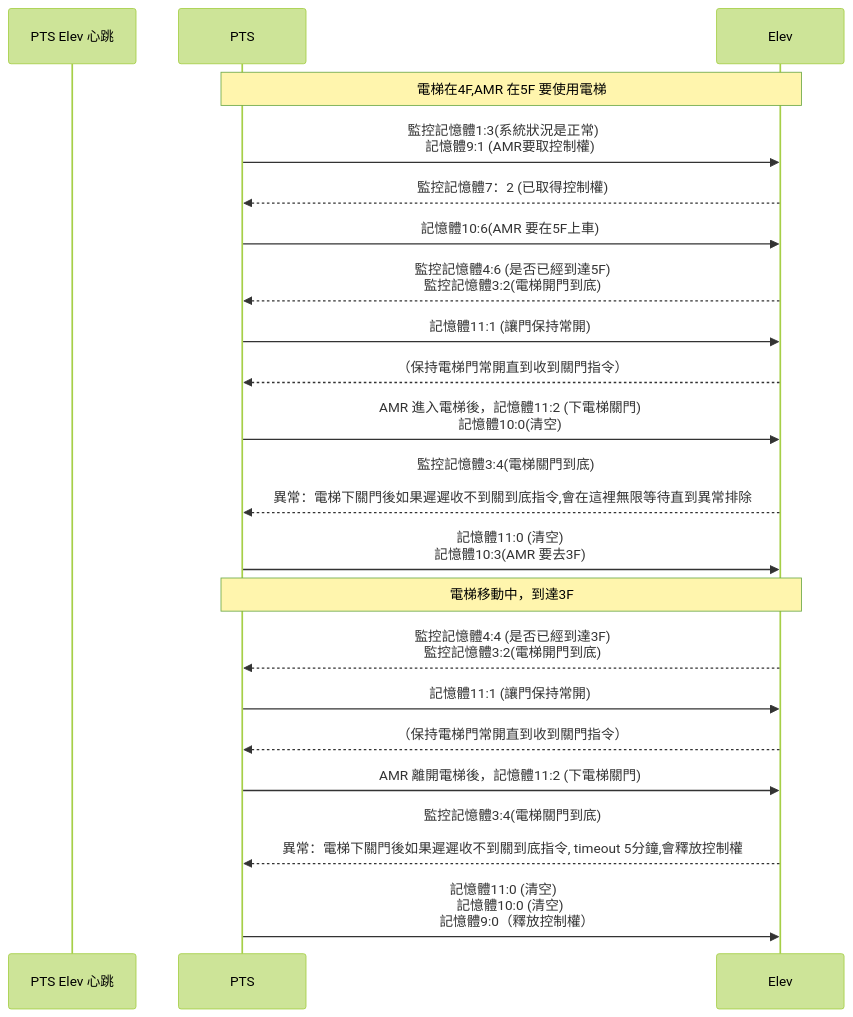
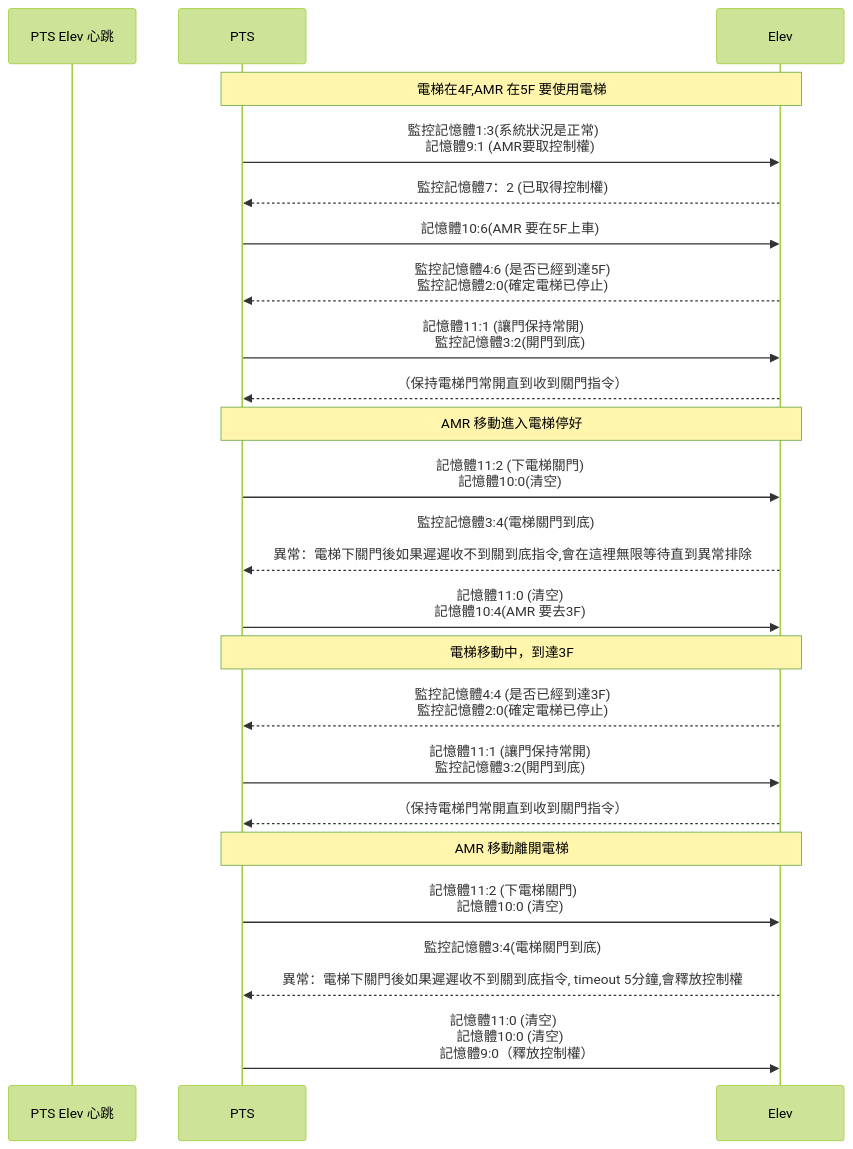
The second of 2 diagrams in README.md (athena-tircgo/amr-elev-Zhunan), drawn with Mermaid (forest theme) before and after one commit.

````diff
--- a/README.md
+++ b/README.md
@@ -23,26 +23,28 @@
 ```mermaid
 sequenceDiagram
 
     participant PTS Elev 心跳
     participant PTS
     participant Elev
 
  note over PTS,Elev: 電梯在4F,AMR 在5F 要使用電梯
         PTS->>Elev:監控記憶體1:3(系統狀況是正常)　<br>記憶體9:1 (AMR要取控制權)
         Elev-->>PTS:監控記憶體7：2 (已取得控制權)
         PTS->>Elev: 記憶體10:6(AMR 要在5F上車)
-        Elev-->>PTS:監控記憶體4:6 (是否已經到達5F) <BR> 監控記憶體3:2(電梯開門到底)
-        PTS->>Elev: 記憶體11:1 (讓門保持常開)
-        Elev-->>PTS:（保持電梯門常開直到收到關門指令）　　
-        PTS->>Elev: AMR 進入電梯後，記憶體11:2 (下電梯關門) <br> 記憶體10:0(清空)
+        Elev-->>PTS:監控記憶體4:6 (是否已經到達5F) <BR> 監控記憶體2:0(確定電梯已停止)
+        PTS->>Elev: 記憶體11:1 (讓門保持常開)　<BR> 監控記憶體3:2(開門到底)
+        Elev-->>PTS:（保持電梯門常開直到收到關門指令）
+ note over PTS,Elev: AMR 移動進入電梯停好
+        PTS->>Elev:　記憶體11:2 (下電梯關門) <br> 記憶體10:0(清空)
         Elev-->>PTS: 監控記憶體3:4(電梯關門到底)　<br><br>異常：電梯下關門後如果遲遲收不到關到底指令,會在這裡無限等待直到異常排除
-        PTS->>Elev: 記憶體11:0 (清空) <br> 記憶體10:3(AMR 要去3F)
+        PTS->>Elev: 記憶體11:0 (清空) <br> 記憶體10:4(AMR 要去3F)
  note over PTS,Elev: 電梯移動中，到達3F
-　　　　　Elev-->>PTS: 監控記憶體4:4 (是否已經到達3F) <BR> 監控記憶體3:2(電梯開門到底)
-        PTS->>Elev: 記憶體11:1 (讓門保持常開)
-        Elev-->>PTS:（保持電梯門常開直到收到關門指令）　　　
-        PTS->>Elev: AMR 離開電梯後，記憶體11:2 (下電梯關門)
+　　　　　Elev-->>PTS: 監控記憶體4:4 (是否已經到達3F) <BR> 監控記憶體2:0(確定電梯已停止)
+        PTS->>Elev: 記憶體11:1 (讓門保持常開) <BR> 監控記憶體3:2(開門到底)
+        Elev-->>PTS:（保持電梯門常開直到收到關門指令）
+ note over PTS,Elev: AMR 移動離開電梯
+        PTS->>Elev: 記憶體11:2 (下電梯關門)　<br> 記憶體10:0 (清空)
         Elev-->>PTS: 監控記憶體3:4(電梯關門到底) <br><br> 異常：電梯下關門後如果遲遲收不到關到底指令, timeout 5分鐘,會釋放控制權
         PTS->>Elev: 記憶體11:0 (清空)　<br> 記憶體10:0 (清空) <br>　記憶體9:0（釋放控制權）
 　　　　　
 ```
````
